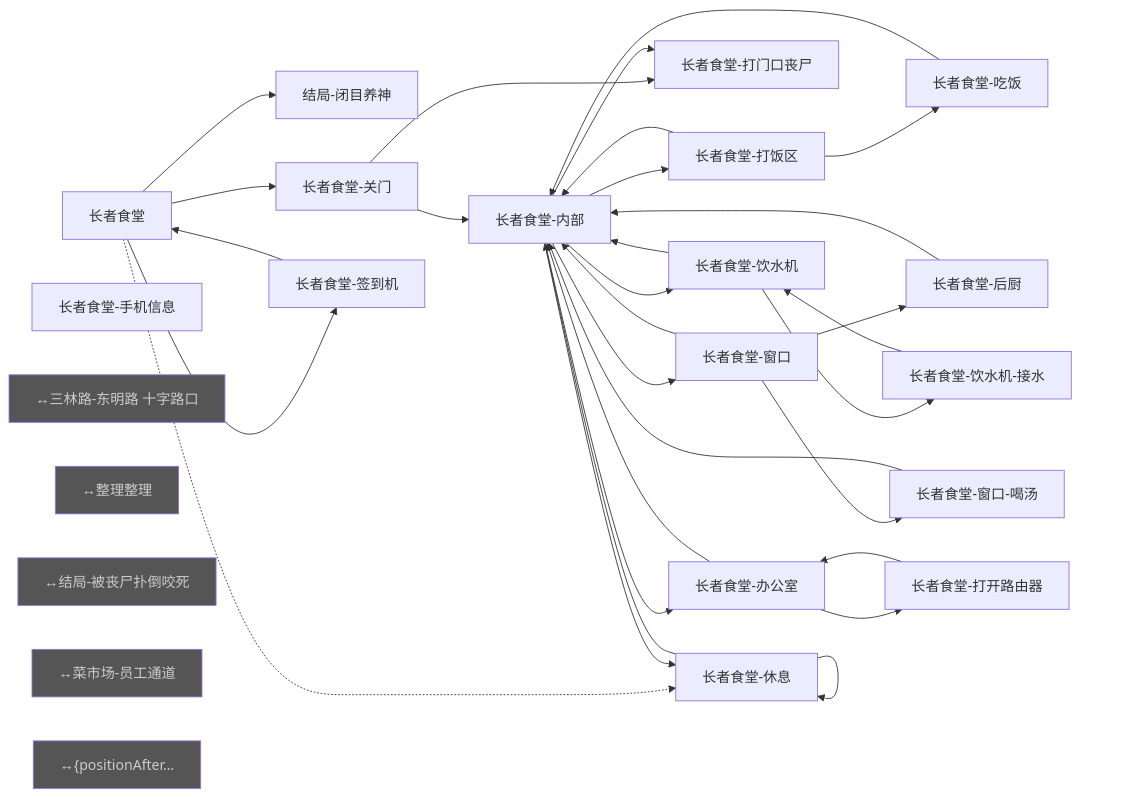
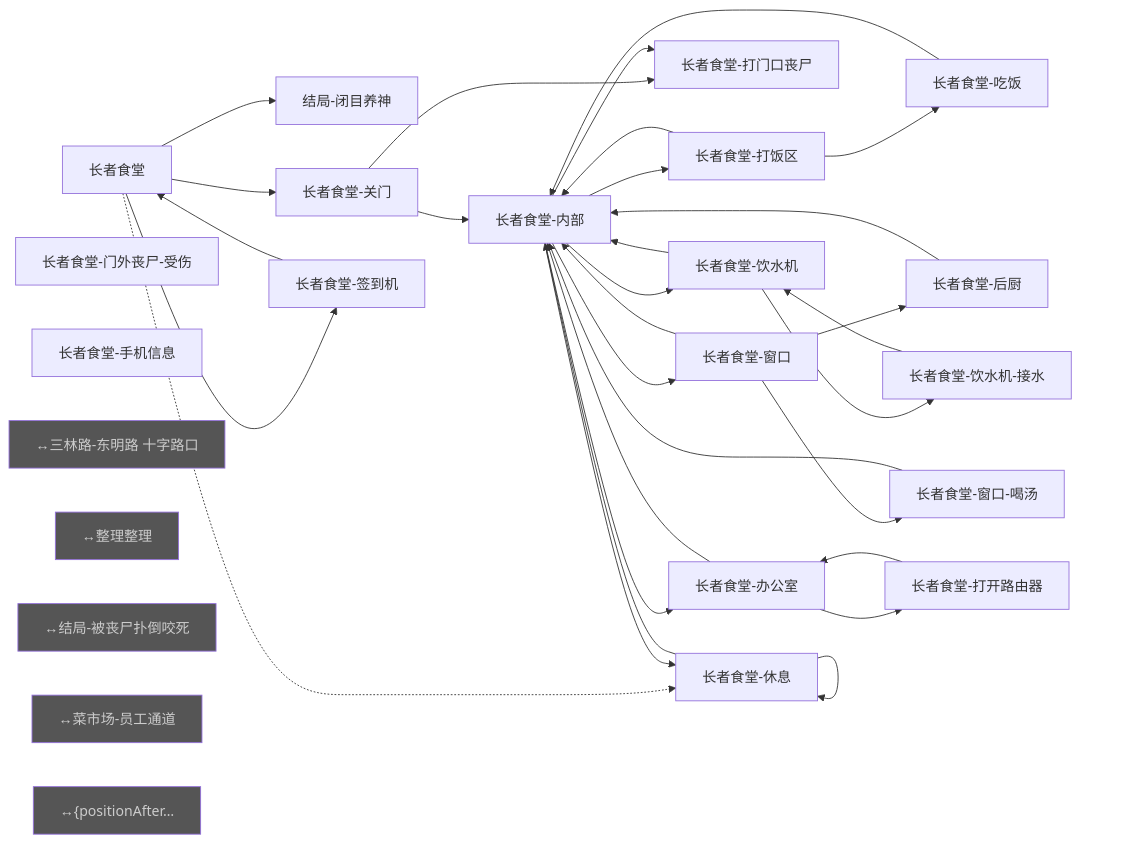
Before and after one commit to bobomymz/Plot-Game: the fifth of 25 diagrams in tools/graph-report/总览.md, drawn with Mermaid. The commit also changed other lines of this file and 26 other files, not shown here.

````diff
--- a/tools/graph-report/总览.md
+++ b/tools/graph-report/总览.md
@@ -890,55 +894,56 @@
 ```mermaid
 flowchart LR
   n0["长者食堂"]
   n1["结局-闭目养神"]
   n2["长者食堂-休息"]
   n3["长者食堂-关门"]
   n4["长者食堂-打门口丧尸"]
-  n5["长者食堂-内部"]
-  n6["长者食堂-打饭区"]
-  n7["长者食堂-吃饭"]
-  n8["长者食堂-后厨"]
-  n9["长者食堂-饮水机"]
-  n10["长者食堂-饮水机-接水"]
-  n11["长者食堂-窗口"]
-  n12["长者食堂-窗口-喝汤"]
-  n13["长者食堂-办公室"]
-  n14["长者食堂-打开路由器"]
-  n15["长者食堂-签到机"]
-  n16["长者食堂-手机信息"]
-  n17["↔三林路-东明路 十字路口"]:::ext
-  n18["↔整理整理"]:::ext
-  n19["↔结局-被丧尸扑倒咬死"]:::ext
-  n20["↔菜市场-员工通道"]:::ext
-  n21["↔{positionAfter…"]:::ext
+  n5["长者食堂-门外丧尸-受伤"]
+  n6["长者食堂-内部"]
+  n7["长者食堂-打饭区"]
+  n8["长者食堂-吃饭"]
+  n9["长者食堂-后厨"]
+  n10["长者食堂-饮水机"]
+  n11["长者食堂-饮水机-接水"]
+  n12["长者食堂-窗口"]
+  n13["长者食堂-窗口-喝汤"]
+  n14["长者食堂-办公室"]
+  n15["长者食堂-打开路由器"]
+  n16["长者食堂-签到机"]
+  n17["长者食堂-手机信息"]
+  n18["↔三林路-东明路 十字路口"]:::ext
+  n19["↔整理整理"]:::ext
+  n20["↔结局-被丧尸扑倒咬死"]:::ext
+  n21["↔菜市场-员工通道"]:::ext
+  n22["↔{positionAfter…"]:::ext
   n0 --> n3
   n0 --> n1
   n0 -.-> n2
-  n0 --> n15
+  n0 --> n16
   n2 --> n2
-  n2 --> n5
+  n2 --> n6
   n3 --> n4
-  n3 --> n5
-  n5 --> n11
-  n5 --> n6
-  n5 --> n9
-  n5 --> n13
-  n5 --> n4
-  n5 --> n2
+  n3 --> n6
+  n6 --> n12
   n6 --> n7
-  n6 --> n5
-  n7 --> n5
-  n8 --> n5
-  n9 --> n10
-  n9 --> n5
-  n10 --> n9
-  n11 --> n12
-  n11 --> n5
-  n11 --> n8
-  n12 --> n5
-  n13 --> n14
-  n13 --> n5
-  n14 --> n13
-  n15 --> n0
+  n6 --> n10
+  n6 --> n14
+  n6 --> n4
+  n6 --> n2
+  n7 --> n8
+  n7 --> n6
+  n8 --> n6
+  n9 --> n6
+  n10 --> n11
+  n10 --> n6
+  n11 --> n10
+  n12 --> n13
+  n12 --> n6
+  n12 --> n9
+  n13 --> n6
+  n14 --> n15
+  n14 --> n6
+  n15 --> n14
+  n16 --> n0
   classDef ext fill:#555,color:#ccc;
 ```
````
